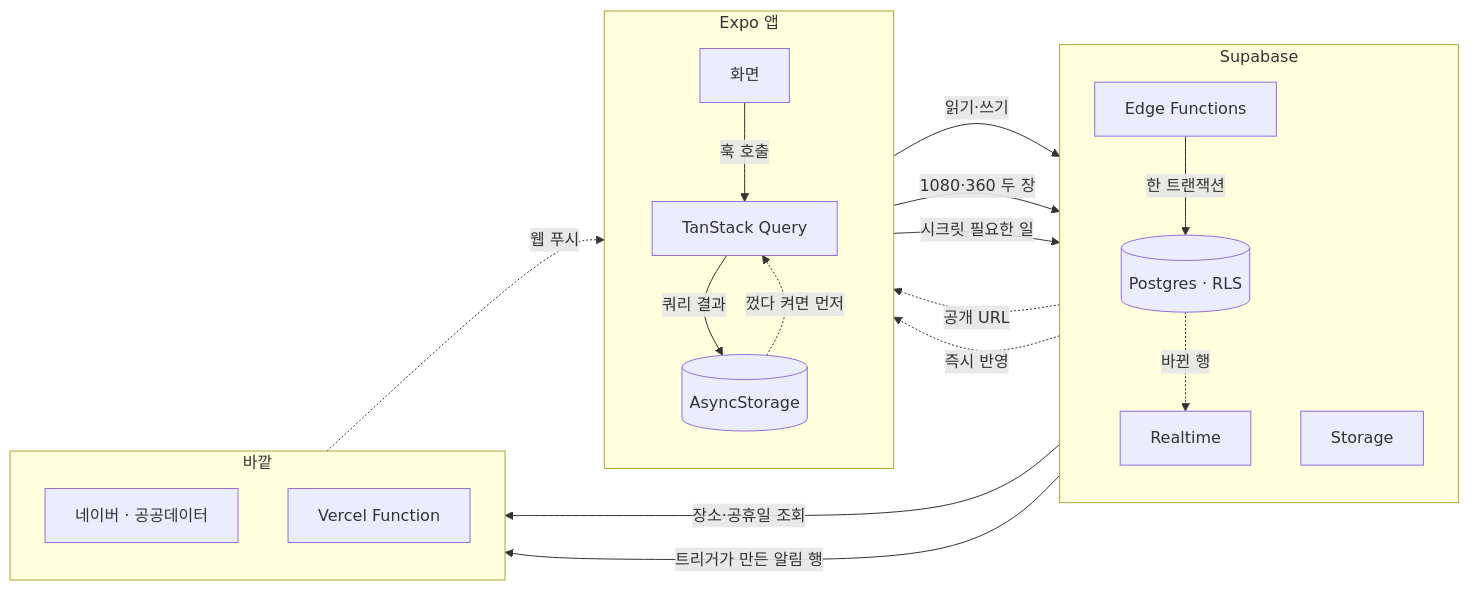
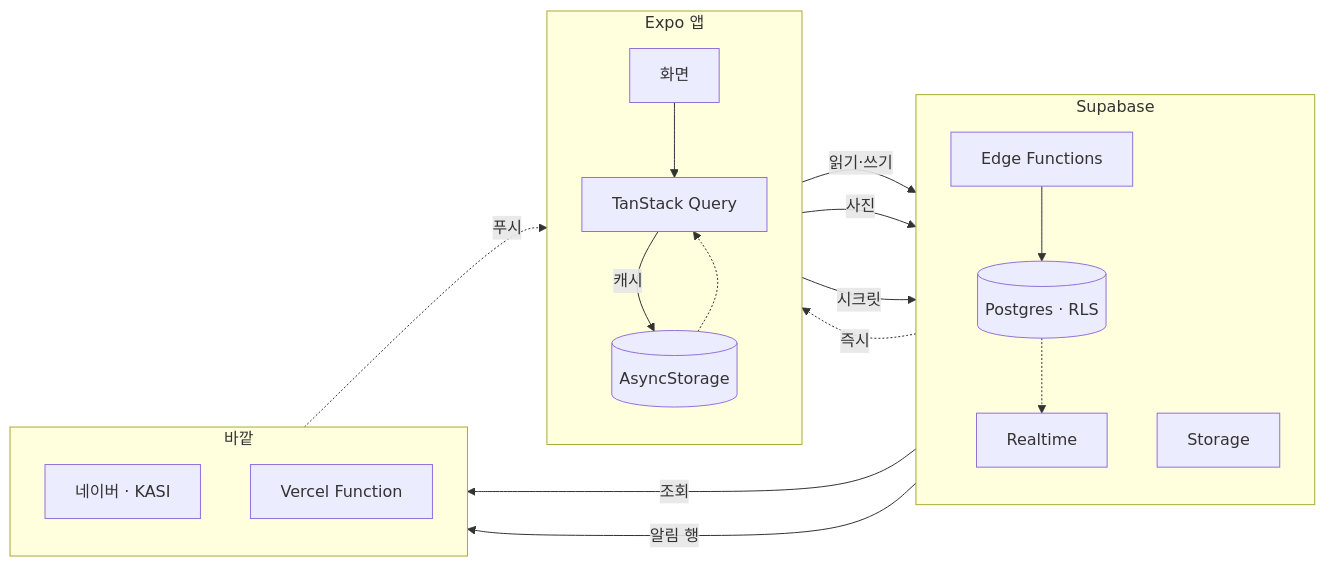
Before and after one commit to P0it/dev-blog: the diagram in projects/dodori/portfolio.md, drawn with Mermaid. The commit also changed 4 other files, not shown here.

````diff
--- a/projects/dodori/portfolio.md
+++ b/projects/dodori/portfolio.md
@@ -258,34 +258,33 @@
 ```mermaid
 flowchart LR
   subgraph 앱[Expo 앱]
     direction TB
     UI[화면]
     Q[TanStack Query]
     AS[(AsyncStorage)]
   end
   subgraph 백[Supabase]
     direction TB
     DB[(Postgres · RLS)]
     ST[Storage]
     EF[Edge Functions]
     RT[Realtime]
   end
   subgraph 밖[바깥]
     direction TB
-    EXT[네이버 · 공공데이터]
+    EXT[네이버 · KASI]
     VF[Vercel Function]
   end
-  UI -->|훅 호출| Q
-  Q -->|쿼리 결과| AS
-  AS -.->|껐다 켜면 먼저| Q
+  UI --> Q
+  Q -->|캐시| AS
+  AS -.-> Q
   Q -->|읽기·쓰기| DB
-  Q -->|1080·360 두 장| ST
-  Q -->|시크릿 필요한 일| EF
-  ST -.->|공개 URL| UI
-  EF -->|한 트랜잭션| DB
-  EF -->|장소·공휴일 조회| EXT
-  DB -->|트리거가 만든 알림 행| VF
-  VF -.->|웹 푸시| UI
-  DB -.->|바뀐 행| RT
-  RT -.->|즉시 반영| Q
+  Q -->|사진| ST
+  Q -->|시크릿| EF
+  EF --> DB
+  EF -->|조회| EXT
+  DB -->|알림 행| VF
+  VF -.->|푸시| UI
+  DB -.-> RT
+  RT -.->|즉시| Q
 ```
````
